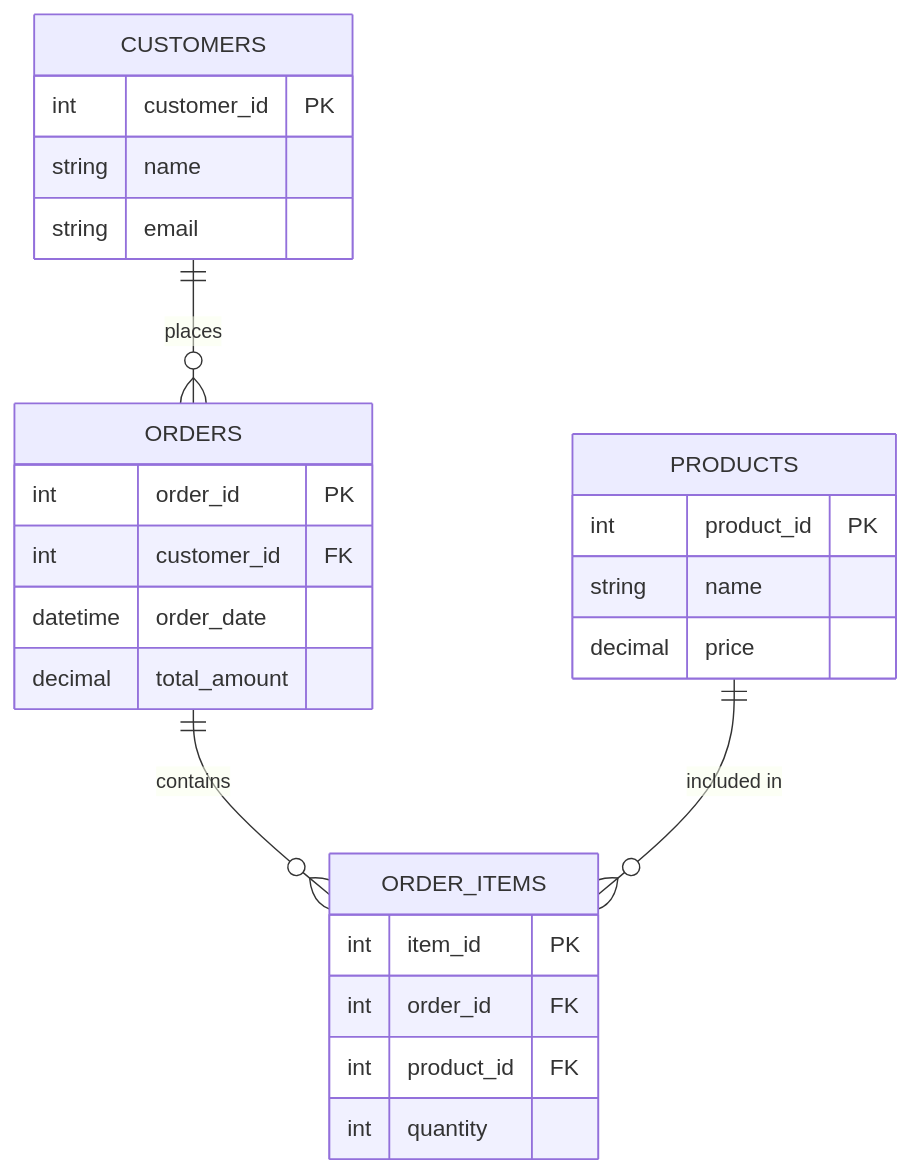
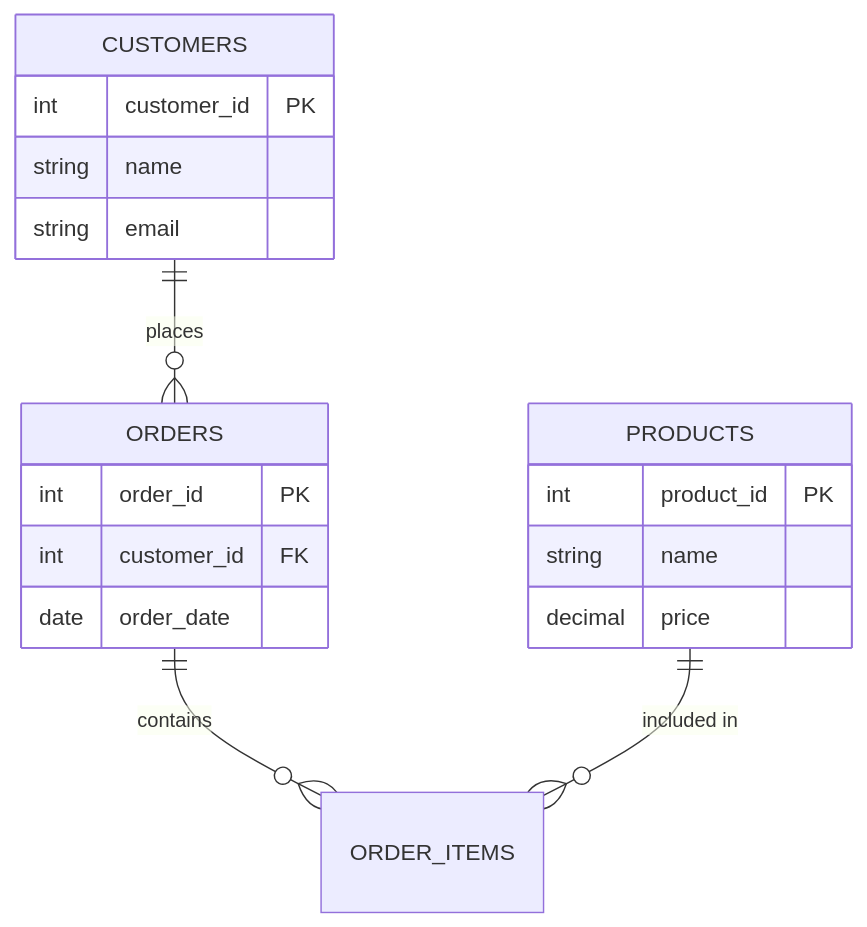
One commit to olroi421/course-opi changed the second of 9 diagrams in docs/presentations/presentation-10.md. Above: the diagram before and after it, drawn with Mermaid. The commit also changed other lines of this file and 1 other file, not shown here.

````diff
--- a/docs/presentations/presentation-10.md
+++ b/docs/presentations/presentation-10.md
@@ -123,32 +51,24 @@
 ```mermaid
 erDiagram
+    CUSTOMERS ||--o{ ORDERS : places
     ORDERS ||--o{ ORDER_ITEMS : contains
-    CUSTOMERS ||--o{ ORDERS : places
     PRODUCTS ||--o{ ORDER_ITEMS : "included in"
 
     CUSTOMERS {
         int customer_id PK
         string name
         string email
     }
 
     ORDERS {
         int order_id PK
         int customer_id FK
-        datetime order_date
-        decimal total_amount
+        date order_date
     }
 
     PRODUCTS {
         int product_id PK
         string name
         decimal price
     }
-
-    ORDER_ITEMS {
-        int item_id PK
-        int order_id FK
-        int product_id FK
-        int quantity
-    }
 ```
````
